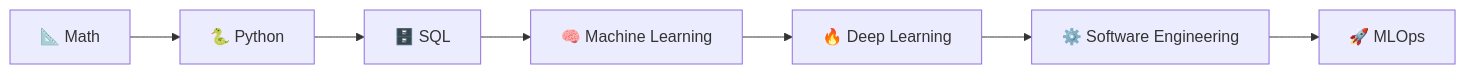
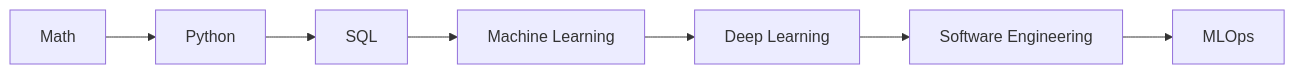
One commit to wissamn19/zero-to-ml-engineer changed the diagram in README.md. Above: the diagram before and after it, drawn with Mermaid. The commit also changed other lines of this file, not shown here.

````diff
--- a/README.md
+++ b/README.md
@@ -28,9 +28,9 @@
 ```mermaid
 flowchart LR
-    A[📐 Math] --> B[🐍 Python]
-    B --> C[🗄️ SQL]
-    C --> D[🧠 Machine Learning]
-    D --> E[🔥 Deep Learning]
-    E --> F[⚙️ Software Engineering]
-    F --> G[🚀 MLOps]
+    A[ Math] --> B[ Python]
+    B --> C[ SQL]
+    C --> D[ Machine Learning]
+    D --> E[ Deep Learning]
+    E --> F[ Software Engineering]
+    F --> G[ MLOps]
 ```
````
